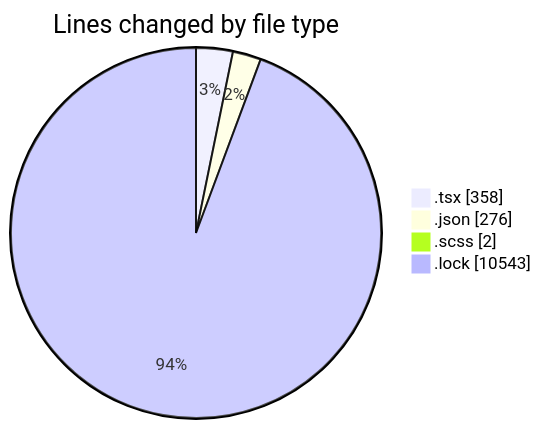
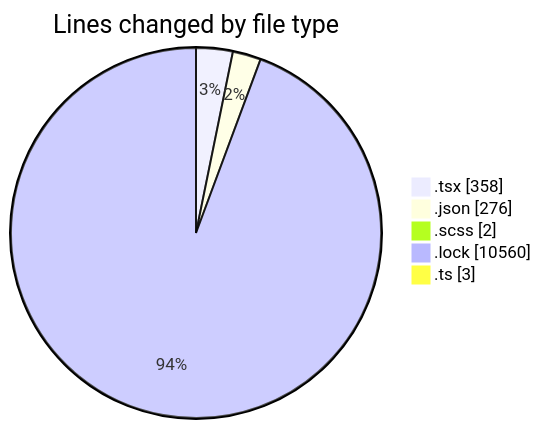
The first of 2 diagrams in 2026-05-13/cda/README.md (momahboobian/code-tracking), drawn with Mermaid before and after one commit. The commit also changed other lines of this file and 1 other file, not shown here.

````diff
--- a/2026-05-13/cda/README.md
+++ b/2026-05-13/cda/README.md
@@ -26,8 +27,9 @@
 ```mermaid
 pie showData
 title Lines changed by file type
 ".tsx" : 358
 ".json" : 276
 ".scss" : 2
-".lock" : 10543
+".lock" : 10560
+".ts" : 3
 ```
````
